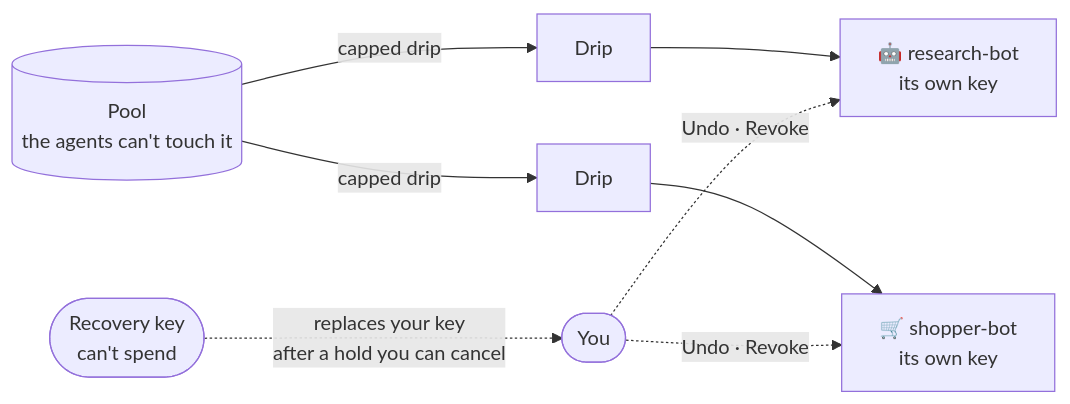
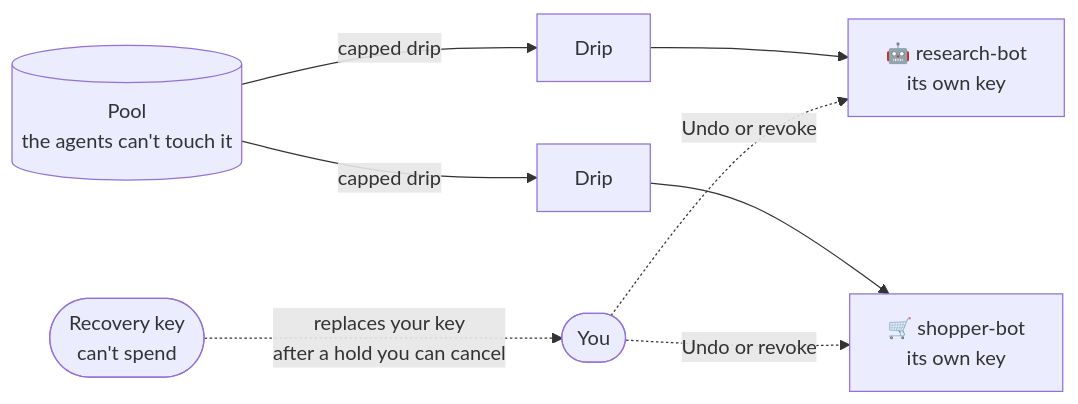
Before and after one commit to gendo-cash/gendo: the second of 5 diagrams in README.md, drawn with Mermaid. The commit also changed other lines of this file and 3 other files, not shown here.

````diff
--- a/README.md
+++ b/README.md
@@ -67,9 +67,9 @@
 ```mermaid
 flowchart LR
   P[("Pool<br/>the agents can't touch it")]
   P -- "capped drip" --> D1["Drip"] --> A1["🤖 research-bot<br/>its own key"]
   P -- "capped drip" --> D2["Drip"] --> A2["🛒 shopper-bot<br/>its own key"]
-  O(["You"]) -. "Undo · Revoke" .-> A1
-  O -. "Undo · Revoke" .-> A2
+  O(["You"]) -. "Undo or revoke" .-> A1
+  O -. "Undo or revoke" .-> A2
   R(["Recovery key<br/>can't spend"]) -. "replaces your key<br/>after a hold you can cancel" .-> O
 ```
````
